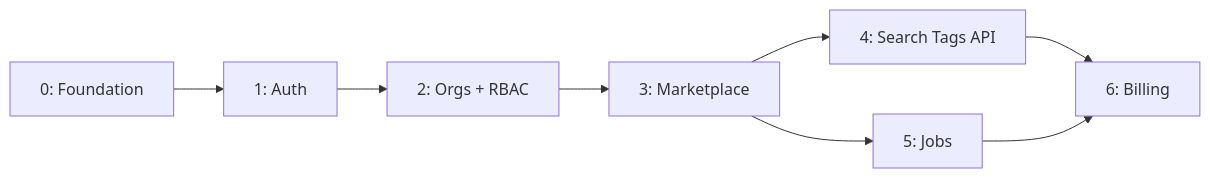
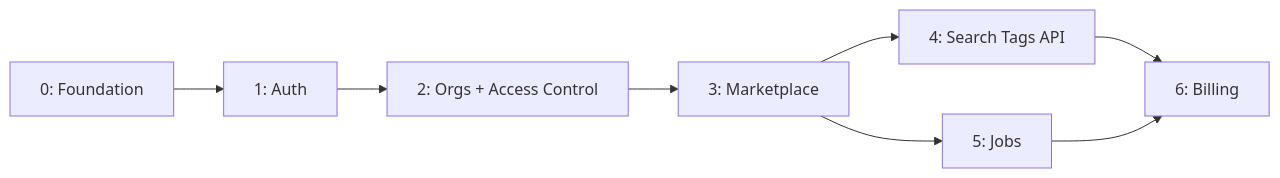
The diagram in architecture/roadmap.md (MarketHackerLabs/docs), drawn with Mermaid before and after one commit. The commit also changed other lines of this file and 9 other files, not shown here.

````diff
--- a/architecture/roadmap.md
+++ b/architecture/roadmap.md
@@ -183,10 +180,10 @@
 ```mermaid
 flowchart LR
     E0[0: Foundation] --> E1[1: Auth]
-    E1 --> E2[2: Orgs + RBAC]
+    E1 --> E2[2: Orgs + Access Control]
     E2 --> E3[3: Marketplace]
     E3 --> E4[4: Search Tags API]
     E3 --> E5[5: Jobs]
     E4 --> E6[6: Billing]
     E5 --> E6
 ```
````
